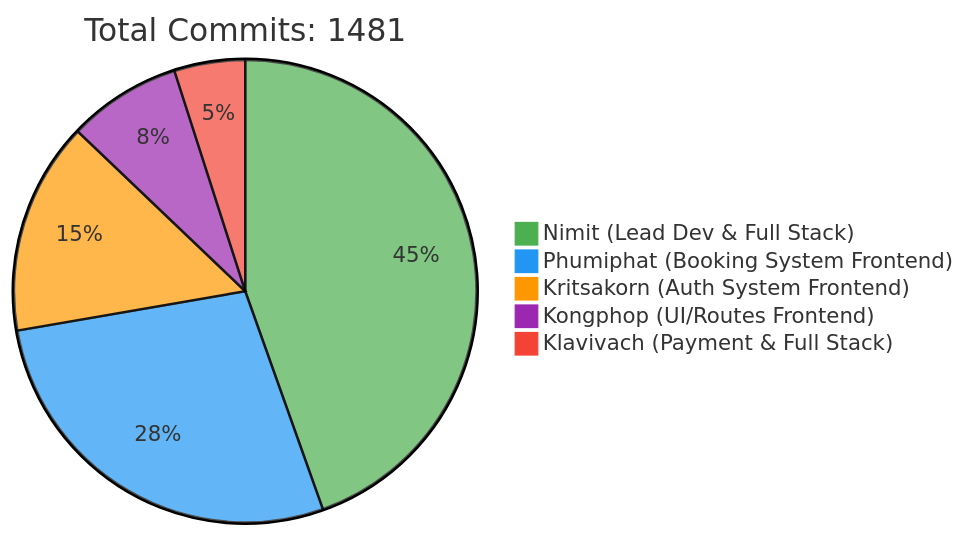
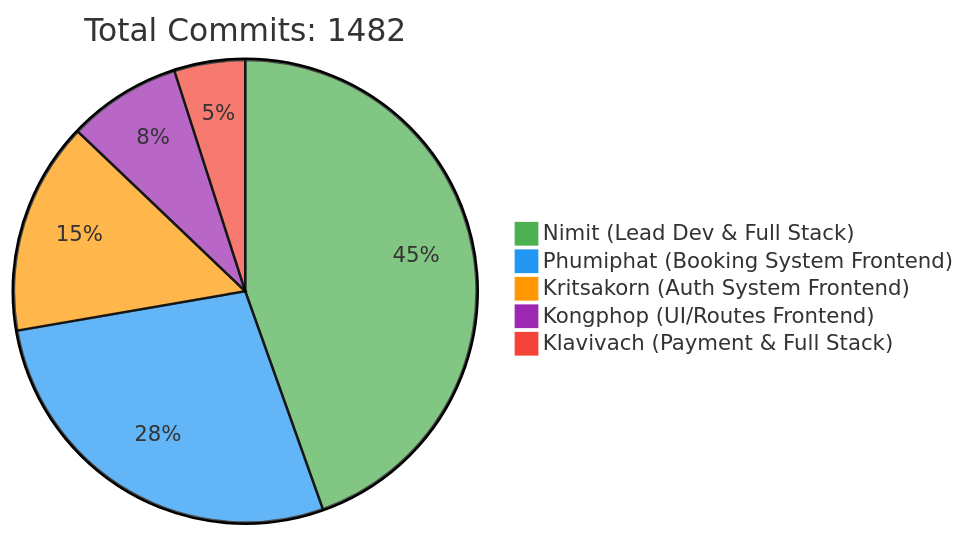
One commit to 6531503042/Sport-Complex changed the first of 2 diagrams in README.md. Above: the diagram before and after it, drawn with Mermaid. The commit also changed other lines of this file, not shown here.

Commit message:
docs: Update contributor statistics [skip ci]

````diff
--- a/README.md
+++ b/README.md
@@ -257,10 +257,10 @@
 ```mermaid
 %%{init: {'theme': 'base', 'themeVariables': { 'pie1': '#4CAF50', 'pie2': '#2196F3', 'pie3': '#FF9800', 'pie4': '#9C27B0', 'pie5': '#F44336'}}}%%
 pie
-    title Total Commits: 1481
+    title Total Commits: 1482
     "Nimit (Lead Dev & Full Stack)" : 450
     "Phumiphat (Booking System Frontend)" : 280
     "Kritsakorn (Auth System Frontend)" : 150
     "Kongphop (UI/Routes Frontend)" : 80
     "Klavivach (Payment & Full Stack)" : 50
 ```
````
